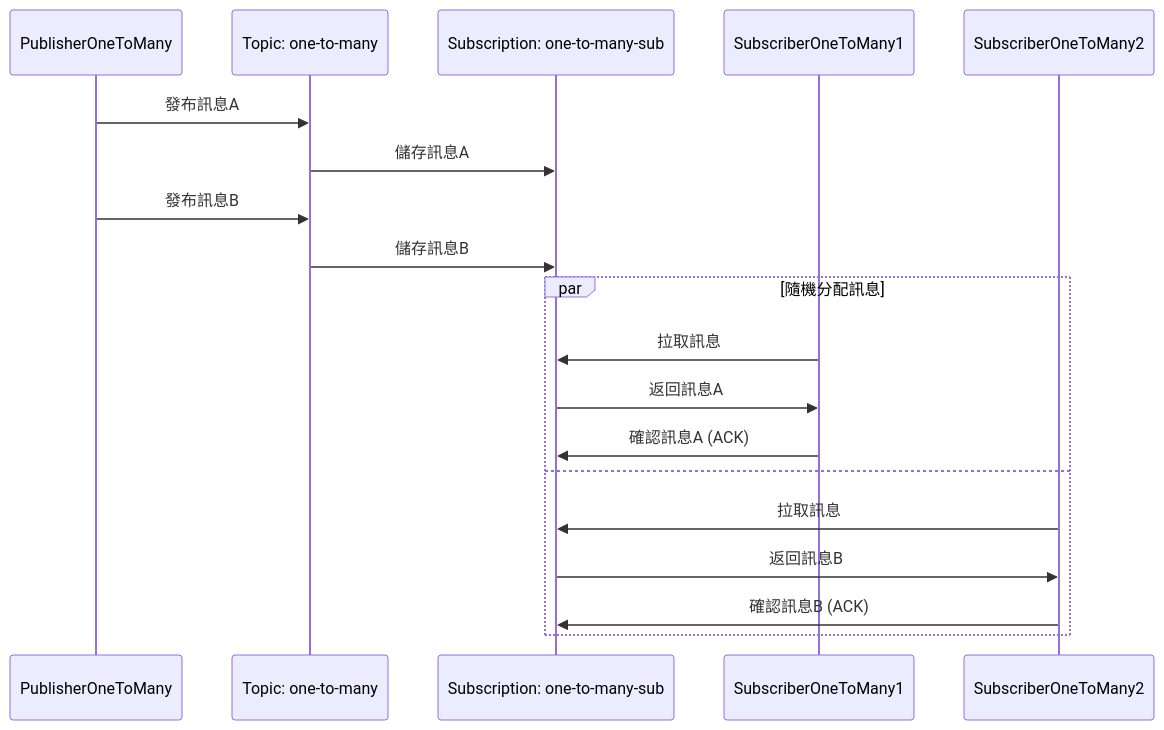
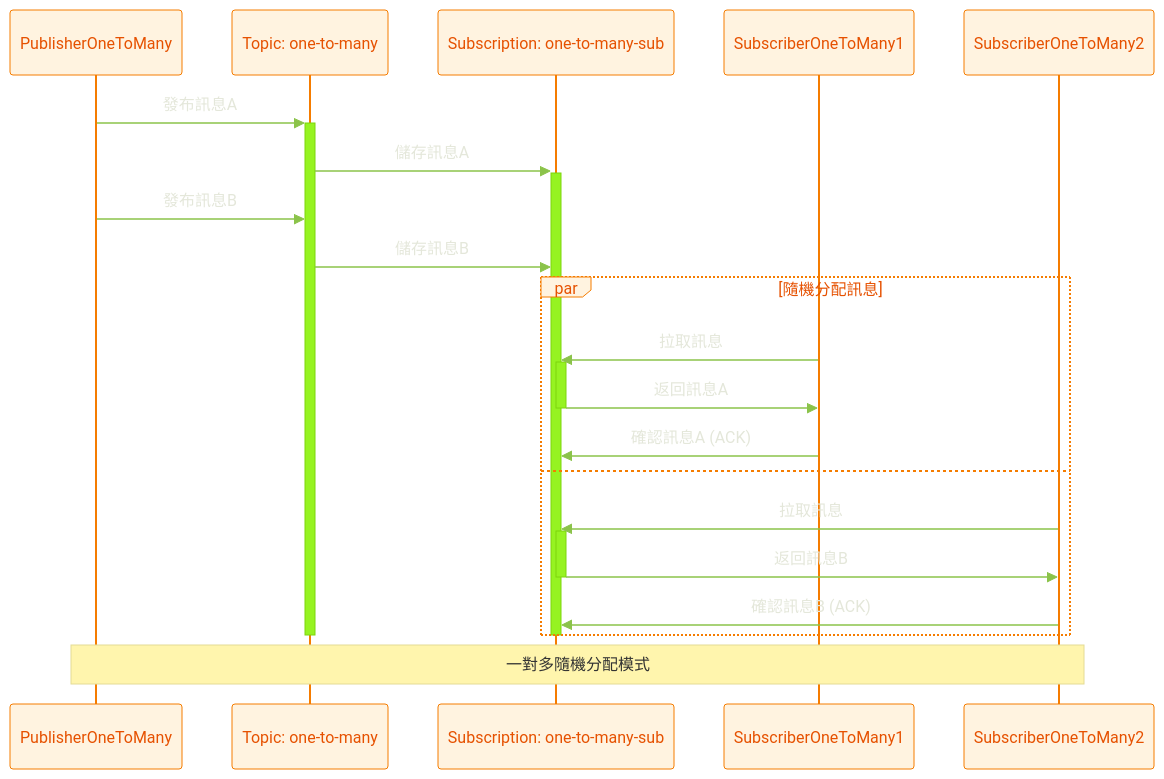
One commit to KubingYayanu/Gcp-emulators.Poc changed the fifth of 6 diagrams in REAME.md. Above: the diagram before and after it, drawn with Mermaid. The commit also changed other lines of this file, not shown here.

Commit message:
docs: 調整 README mermaid sequenceDiagram 顏色

````diff
--- a/REAME.md
+++ b/REAME.md
@@ -169,23 +174,29 @@
 ```mermaid
+%%{init: {'theme':'base', 'themeVariables': {'primaryColor':'#2196f3', 'primaryTextColor':'#fff', 'primaryBorderColor':'#0d47a1', 'lineColor':'#e91e63', 'signalColor':'#8bc34a', 'signalTextColor':'#e4e7daff', 'sequenceNumberColor':'white', 'actorBkg':'#fff3e0', 'actorBorder':'#f57c00', 'actorTextColor':'#e65100'}}}%%
 sequenceDiagram
     participant PM as PublisherOneToMany
     participant T2 as Topic: one-to-many
     participant S2 as Subscription: one-to-many-sub
     participant SM1 as SubscriberOneToMany1
     participant SM2 as SubscriberOneToMany2
 
-    PM->>T2: 發布訊息A
-    T2->>S2: 儲存訊息A
+    PM->>+T2: 發布訊息A
+    T2->>+S2: 儲存訊息A
     PM->>T2: 發布訊息B
     T2->>S2: 儲存訊息B
 
     par 隨機分配訊息
-        SM1->>S2: 拉取訊息
-        S2->>SM1: 返回訊息A
+        SM1->>+S2: 拉取訊息
+        S2->>-SM1: 返回訊息A
         SM1->>S2: 確認訊息A (ACK)
     and
-        SM2->>S2: 拉取訊息
-        S2->>SM2: 返回訊息B
+        SM2->>+S2: 拉取訊息
+        S2->>-SM2: 返回訊息B
         SM2->>S2: 確認訊息B (ACK)
     end
+    
+    deactivate S2
+    deactivate T2
+
+    Note over PM,SM2: 一對多隨機分配模式
 ```
````
